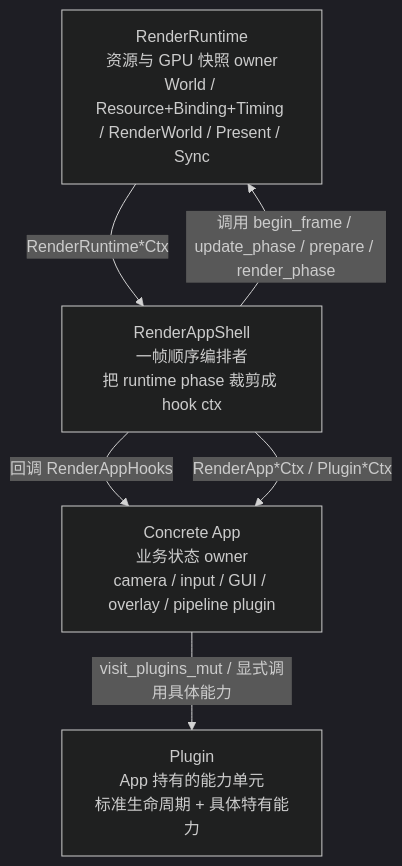
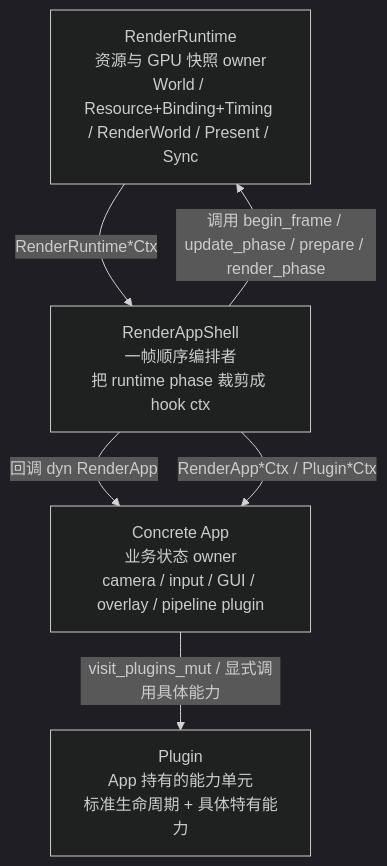
The first of 5 diagrams in docs/summaries/frame-lifecycle.md (acccoco/TruvisRenderer), drawn with Mermaid (dark theme) before and after one commit. The commit also changed other lines of this file and 24 other files, not shown here.

Commit message:
[update/app-frame] 收敛 RenderApp 契约并非泛型化 RenderAppShell

````diff
--- a/docs/summaries/frame-lifecycle.md
+++ b/docs/summaries/frame-lifecycle.md
@@ -28,12 +28,12 @@
 ```mermaid
 flowchart TB
     Runtime["RenderRuntime<br/>资源与 GPU 快照 owner<br/>World / Resource+Binding+Timing / RenderWorld / Present / Sync"]
     Shell["RenderAppShell<br/>一帧顺序编排者<br/>把 runtime phase 裁剪成 hook ctx"]
     App["Concrete App<br/>业务状态 owner<br/>camera / input / GUI / overlay / pipeline plugin"]
     Plugin["Plugin<br/>App 持有的能力单元<br/>标准生命周期 + 具体特有能力"]
     Shell -->|" 调用 begin_frame / update_phase / prepare / render_phase "| Runtime
-    Shell -->|" 回调 RenderAppHooks "| App
+    Shell -->|" 回调 dyn RenderApp "| App
     App -->|" visit_plugins_mut / 显式调用具体能力 "| Plugin
     Runtime -->|" RenderRuntime*Ctx "| Shell
     Shell -->|" RenderApp*Ctx / Plugin*Ctx "| App
 ```
````
